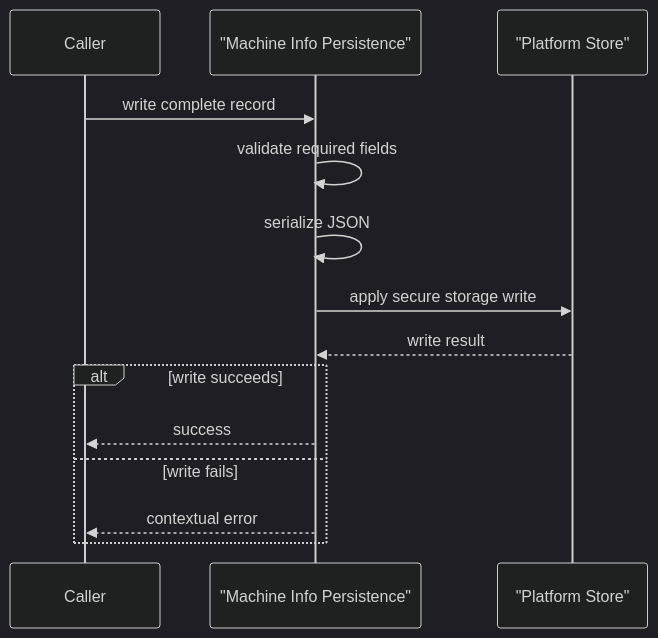
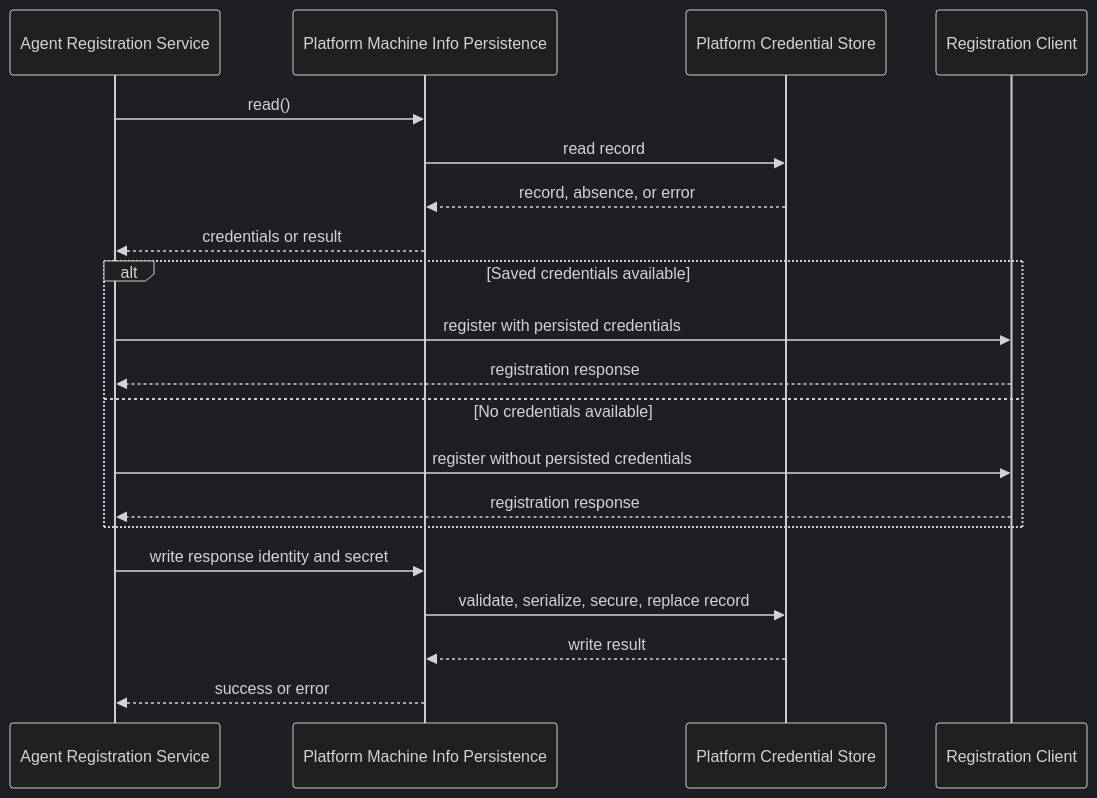
The third of 3 diagrams in docs/reference/architecture/openframe-client-core/platform-machine-info-persistence/platform-machine-info-persistence.md (flamingo-stack/openframe-oss-tenant), drawn with Mermaid (dark theme) before and after one commit. The commit also changed other lines of this file and 2377 other files, not shown here.

````diff
--- a/docs/reference/architecture/openframe-client-core/platform-machine-info-persistence/platform-machine-info-persistence.md
+++ b/docs/reference/architecture/openframe-client-core/platform-machine-info-persistence/platform-machine-info-persistence.md
@@ -112,16 +94,22 @@
 ```mermaid
 sequenceDiagram
-    participant Caller
-    participant Persistence as "Machine Info Persistence"
-    participant Store as "Platform Store"
-    Caller->>Persistence: write complete record
-    Persistence->>Persistence: validate required fields
-    Persistence->>Persistence: serialize JSON
-    Persistence->>Store: apply secure storage write
+    participant Registration as Agent Registration Service
+    participant Persistence as Platform Machine Info Persistence
+    participant Store as Platform Credential Store
+    participant Client as Registration Client
+    Registration->>Persistence: read()
+    Persistence->>Store: read record
+    Store-->>Persistence: record, absence, or error
+    Persistence-->>Registration: credentials or result
+    alt Saved credentials available
+        Registration->>Client: register with persisted credentials
+        Client-->>Registration: registration response
+    else No credentials available
+        Registration->>Client: register without persisted credentials
+        Client-->>Registration: registration response
+    end
+    Registration->>Persistence: write response identity and secret
+    Persistence->>Store: validate, serialize, secure, replace record
     Store-->>Persistence: write result
-    alt write succeeds
-        Persistence-->>Caller: success
-    else write fails
-        Persistence-->>Caller: contextual error
-    end
+    Persistence-->>Registration: success or error
 ```
````
